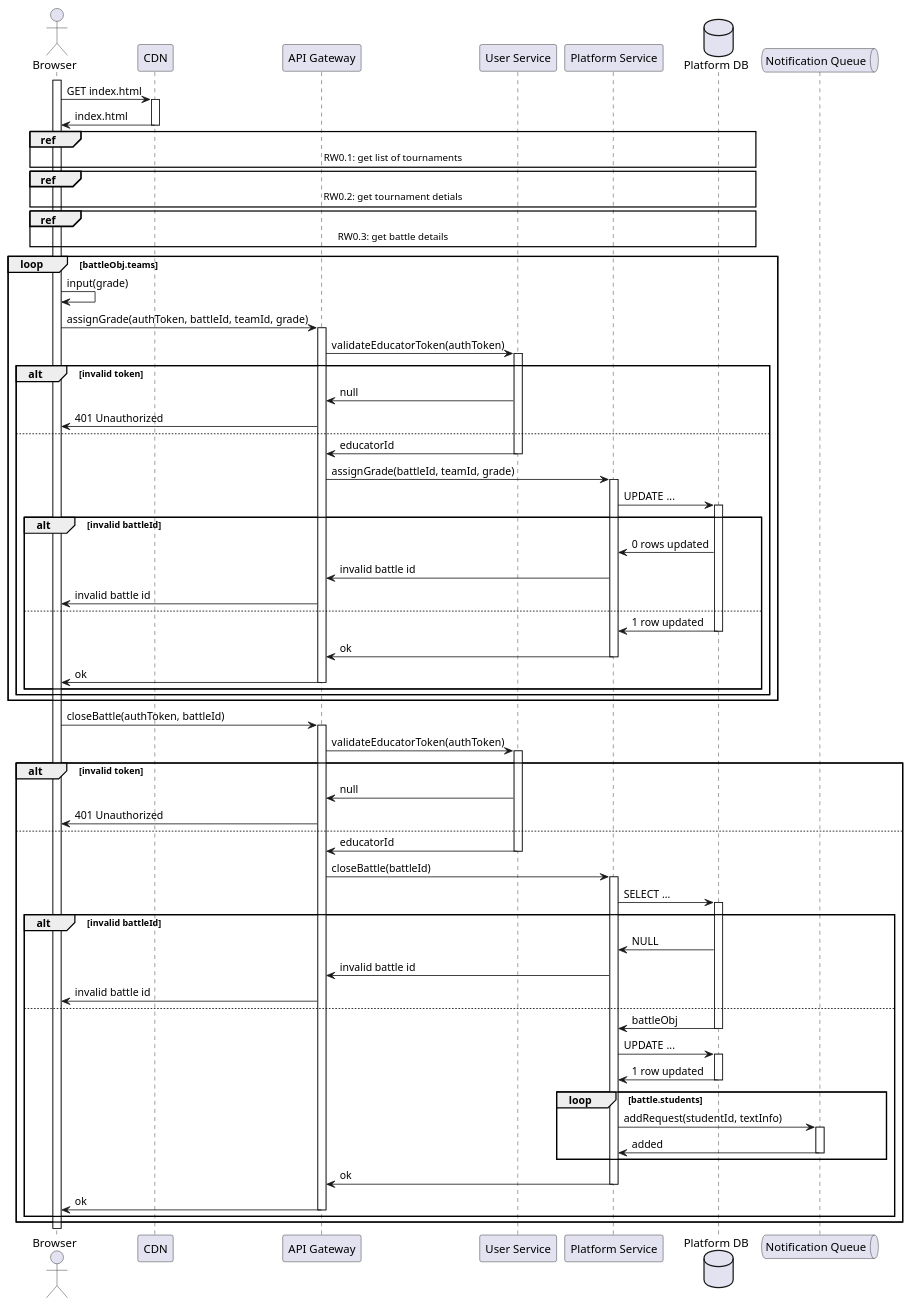
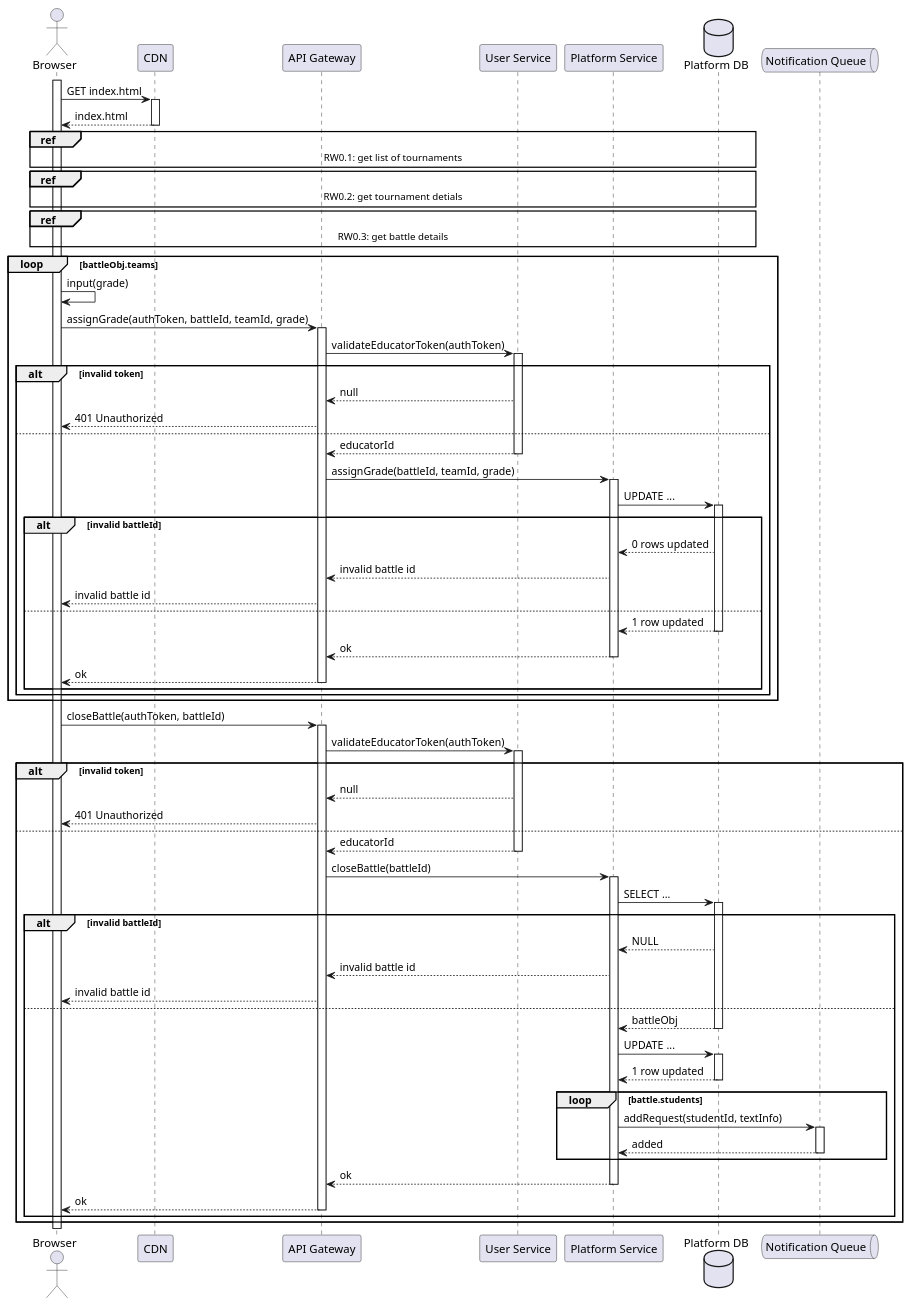
Before and after one commit to Furrrlo/CodeKataBattle: the diagram in dd/puml/rw8.puml, drawn with PlantUML. The commit also changed 13 other files, not shown here.

Commit message:
Fix response dotted lines in RW seq diagrams

```diff
--- a/dd/puml/rw8.puml
+++ b/dd/puml/rw8.puml
@@ -1,80 +1,80 @@
 @startuml RW8 - Educator manually evaluates teams
 
 actor Browser
 participant CDN
 participant "API Gateway" as gateway
 participant "User Service" as auth
 
 participant "Platform Service" as platform
 database "Platform DB" as platformDb
 
 queue  "Notification Queue" as notificationQueue
 
 activate Browser
 Browser -> CDN ++ : GET index.html
-Browser <- CDN -- : index.html
+Browser <-- CDN -- : index.html
 
 ref over Browser, gateway, auth, platform, platformDb: RW0.1: get list of tournaments
 ref over Browser, gateway, auth, platform, platformDb: RW0.2: get tournament detials
 ref over Browser, gateway, auth, platform, platformDb: RW0.3: get battle details
 
 
 loop battleObj.teams
     Browser -> Browser : input(grade)
 
     Browser -> gateway ++ : assignGrade(authToken, battleId, teamId, grade)
     gateway -> auth ++ : validateEducatorToken(authToken)
     alt invalid token
-        gateway <- auth : null
-        Browser <- gateway : 401 Unauthorized
+        gateway <-- auth : null
+        Browser <-- gateway : 401 Unauthorized
     else
-        gateway <- auth -- : educatorId
+        gateway <-- auth -- : educatorId
         gateway -> platform ++ : assignGrade(battleId, teamId, grade)
 
         platform -> platformDb ++ : UPDATE ...
 
         alt invalid battleId
-            platform <- platformDb : 0 rows updated
-            gateway <- platform : invalid battle id
-            Browser <- gateway : invalid battle id
+            platform <-- platformDb : 0 rows updated
+            gateway <-- platform : invalid battle id
+            Browser <-- gateway : invalid battle id
         else
-            platform <- platformDb -- : 1 row updated
-            gateway <- platform -- : ok
-            Browser <- gateway -- : ok
+            platform <-- platformDb -- : 1 row updated
+            gateway <-- platform -- : ok
+            Browser <-- gateway -- : ok
         end
     end
 
 end
 
 Browser -> gateway ++ : closeBattle(authToken, battleId)
 gateway -> auth ++ : validateEducatorToken(authToken)
 alt invalid token
-    gateway <- auth : null
-    Browser <- gateway : 401 Unauthorized
+    gateway <-- auth : null
+    Browser <-- gateway : 401 Unauthorized
 else
-    gateway <- auth -- : educatorId
+    gateway <-- auth -- : educatorId
     gateway -> platform ++ : closeBattle(battleId)
 
     platform -> platformDb ++ : SELECT ...
 
     alt invalid battleId
-        platform <- platformDb : NULL
-        gateway <- platform : invalid battle id
-        Browser <- gateway : invalid battle id
+        platform <-- platformDb : NULL
+        gateway <-- platform : invalid battle id
+        Browser <-- gateway : invalid battle id
     else
-        platform <- platformDb -- : battleObj
+        platform <-- platformDb -- : battleObj
         platform -> platformDb ++ : UPDATE ...
-        platform <- platformDb -- : 1 row updated
+        platform <-- platformDb -- : 1 row updated
 
         loop battle.students
             platform -> notificationQueue ++ : addRequest(studentId, textInfo)
-            platform <- notificationQueue --: added
+            platform <-- notificationQueue --: added
         end
 
-        gateway <- platform -- : ok
-        Browser <- gateway -- : ok
+        gateway <-- platform -- : ok
+        Browser <-- gateway -- : ok
     end
 end
 
 
 @enduml
```
